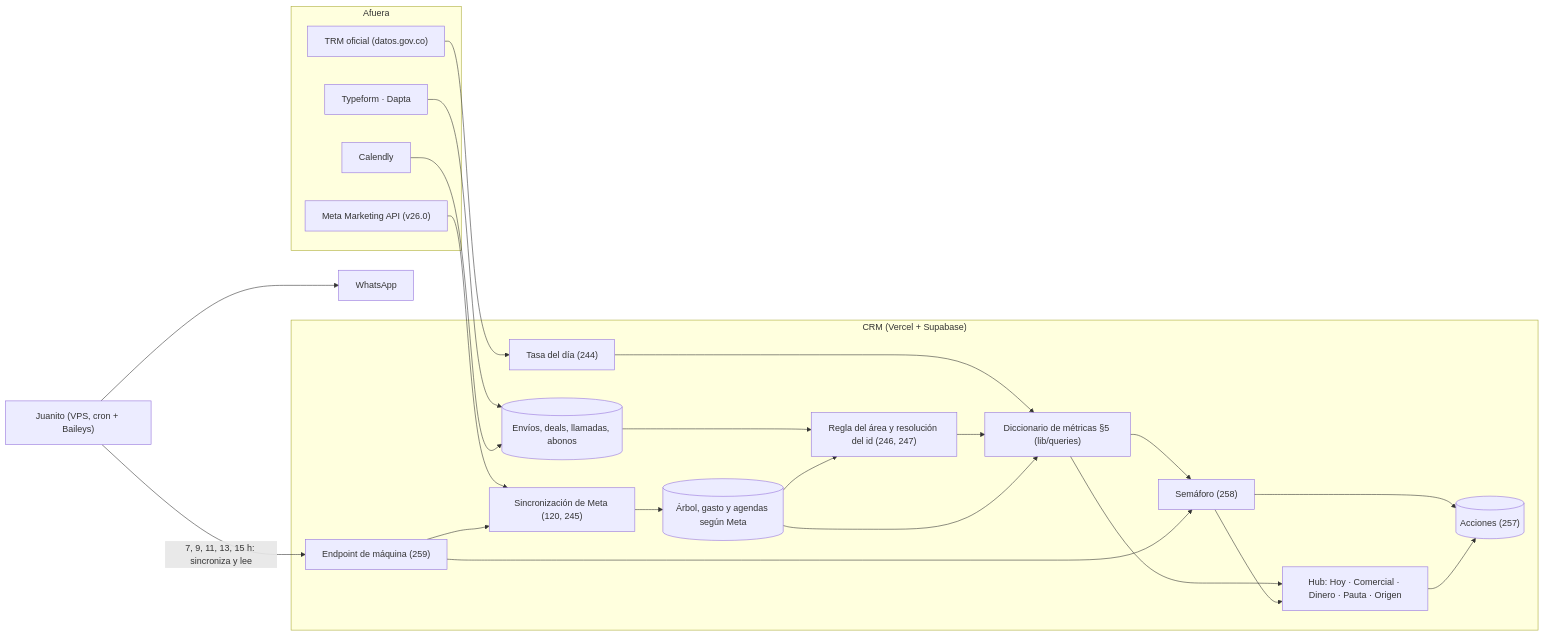
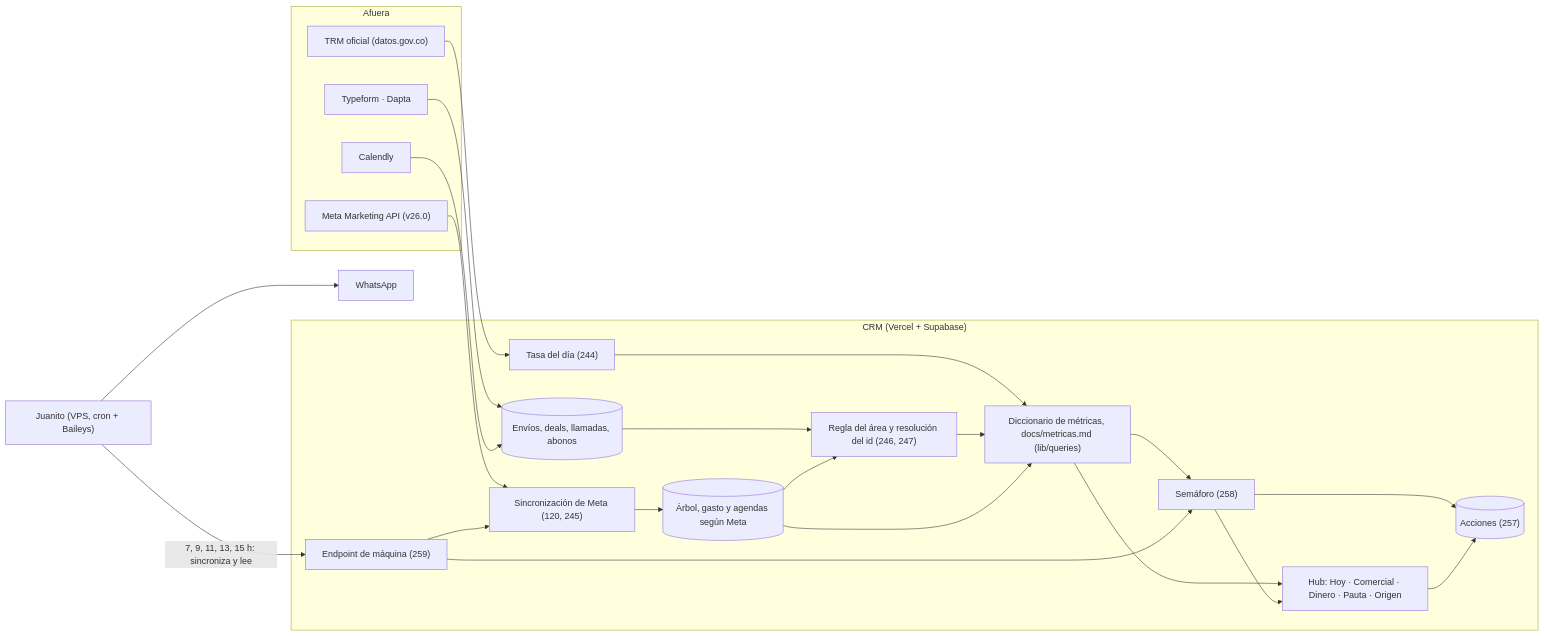
One commit to Retia-Agencia/retia-metrics changed the first of 3 diagrams in docs/hub.md. Above: the diagram before and after it, drawn with Mermaid. The commit also changed other lines of this file and 6 other files, not shown here.

First line of the commit message:
docs(metricas): el diccionario de métricas con el linaje de cada cifra

````diff
--- a/docs/hub.md
+++ b/docs/hub.md
@@ -218,38 +218,38 @@
 ```mermaid
 flowchart LR
   subgraph AFUERA["Afuera"]
     META["Meta Marketing API (v26.0)"]
     TRM["TRM oficial (datos.gov.co)"]
     FORM["Typeform · Dapta"]
     CALY["Calendly"]
   end
   subgraph CRM["CRM (Vercel + Supabase)"]
     SYNC["Sincronización de Meta (120, 245)"]
     TASA["Tasa del día (244)"]
     ARBOL[("Árbol, gasto y agendas según Meta")]
     ENVIOS[("Envíos, deals, llamadas, abonos")]
     REGLA["Regla del área y resolución del id (246, 247)"]
-    DICC["Diccionario de métricas §5 (lib/queries)"]
+    DICC["Diccionario de métricas, docs/metricas.md (lib/queries)"]
     HUB["Hub: Hoy · Comercial · Dinero · Pauta · Origen"]
     SEMA["Semáforo (258)"]
     ACC[("Acciones (257)")]
     API["Endpoint de máquina (259)"]
   end
   JUAN["Juanito (VPS, cron + Baileys)"]
   WA["WhatsApp"]
   META --> SYNC --> ARBOL
   TRM --> TASA --> DICC
   FORM --> ENVIOS
   CALY --> ENVIOS
   ENVIOS --> REGLA --> DICC
   ARBOL --> REGLA
   ARBOL --> DICC
   DICC --> HUB
   DICC --> SEMA --> HUB
   SEMA --> ACC
   HUB --> ACC
   JUAN -- "7, 9, 11, 13, 15 h: sincroniza y lee" --> API
   API --> SYNC
   API --> SEMA
   JUAN --> WA
 ```
````
